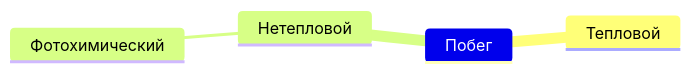
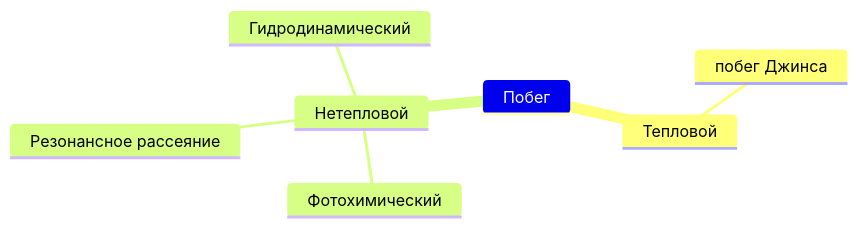
The diagram in notes/общие-соображения.md (arthur-fomin/atmoescape), drawn with Mermaid before and after one commit.

Commit message:
2025-06-Jun 16, 2025-20-34-01

````diff
--- a/notes/общие-соображения.md
+++ b/notes/общие-соображения.md
@@ -52,8 +52,11 @@
 ```mermaid
 mindmap
 Побег
     Тепловой
+        побег Джинса
     Нетепловой
         Фотохимический
+        Резонансное рассеяние
+        Гидродинамический
 
 ```
````
